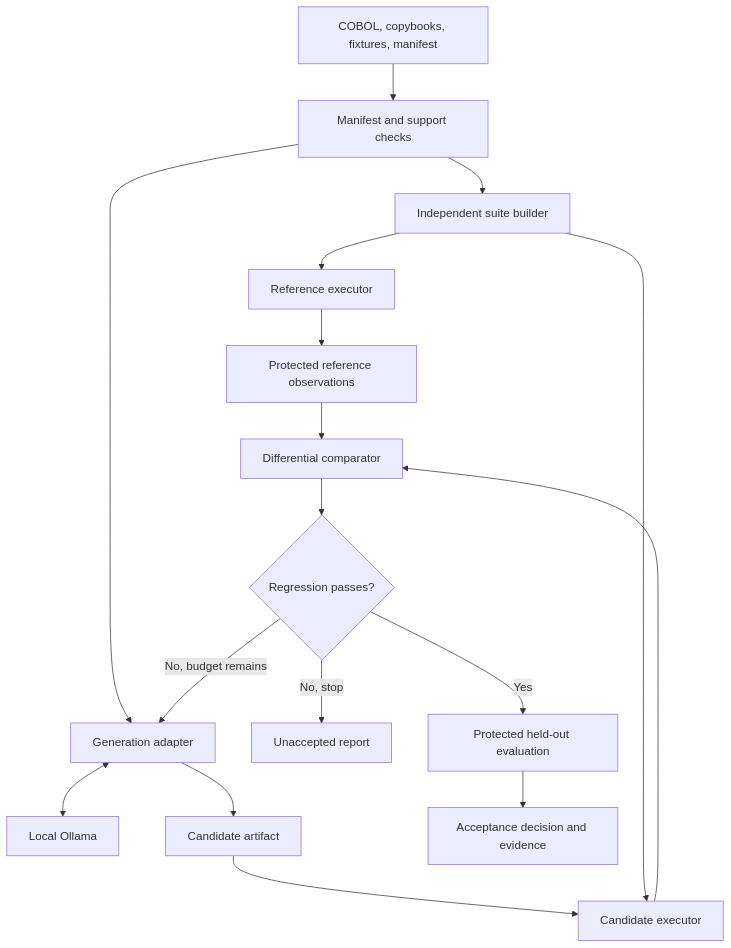
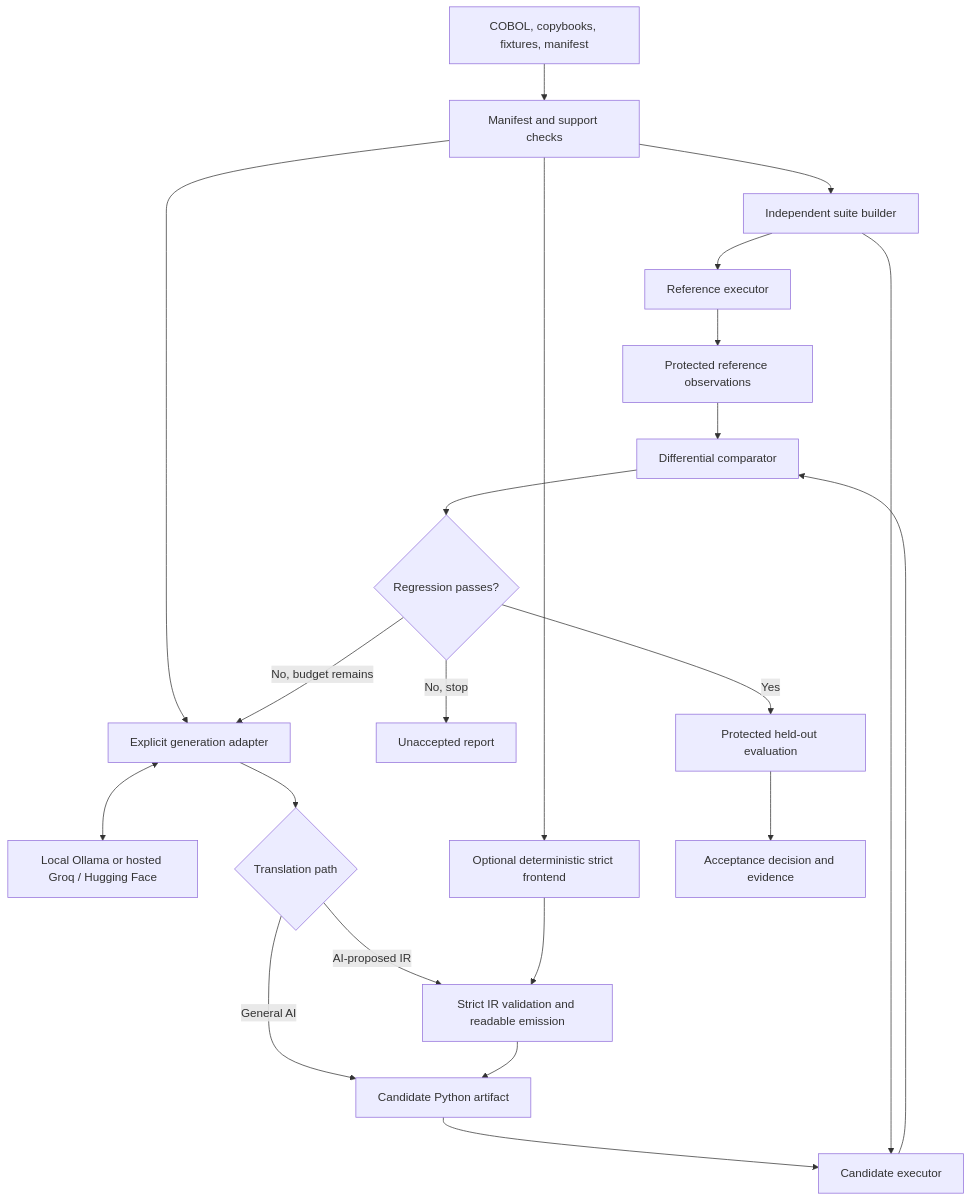
The diagram in docs/architecture.md (KaustubhaPundir/MinorProject), drawn with Mermaid before and after one commit. The commit also changed other lines of this file and 115 other files, not shown here.

````diff
--- a/docs/architecture.md
+++ b/docs/architecture.md
@@ -5,19 +5,24 @@
 ```mermaid
 flowchart TD
     U[COBOL, copybooks, fixtures, manifest] --> P[Manifest and support checks]
     P --> T[Independent suite builder]
     T --> R[Reference executor]
     R --> E[Protected reference observations]
-    P --> G[Generation adapter]
-    G <--> O[Local Ollama]
-    G --> C[Candidate artifact]
+    P --> G[Explicit generation adapter]
+    G <--> O[Local Ollama or hosted Groq / Hugging Face]
+    G --> M{Translation path}
+    M -->|General AI| C[Candidate Python artifact]
+    M -->|AI-proposed IR| V[Strict IR validation and readable emission]
+    P --> S[Optional deterministic strict frontend]
+    S --> V
+    V --> C
     C --> X[Candidate executor]
     T --> X
     X --> D[Differential comparator]
     E --> D
     D --> B{Regression passes?}
     B -->|No, budget remains| G
     B -->|No, stop| F[Unaccepted report]
     B -->|Yes| H[Protected held-out evaluation]
     H --> A[Acceptance decision and evidence]
 ```
````
